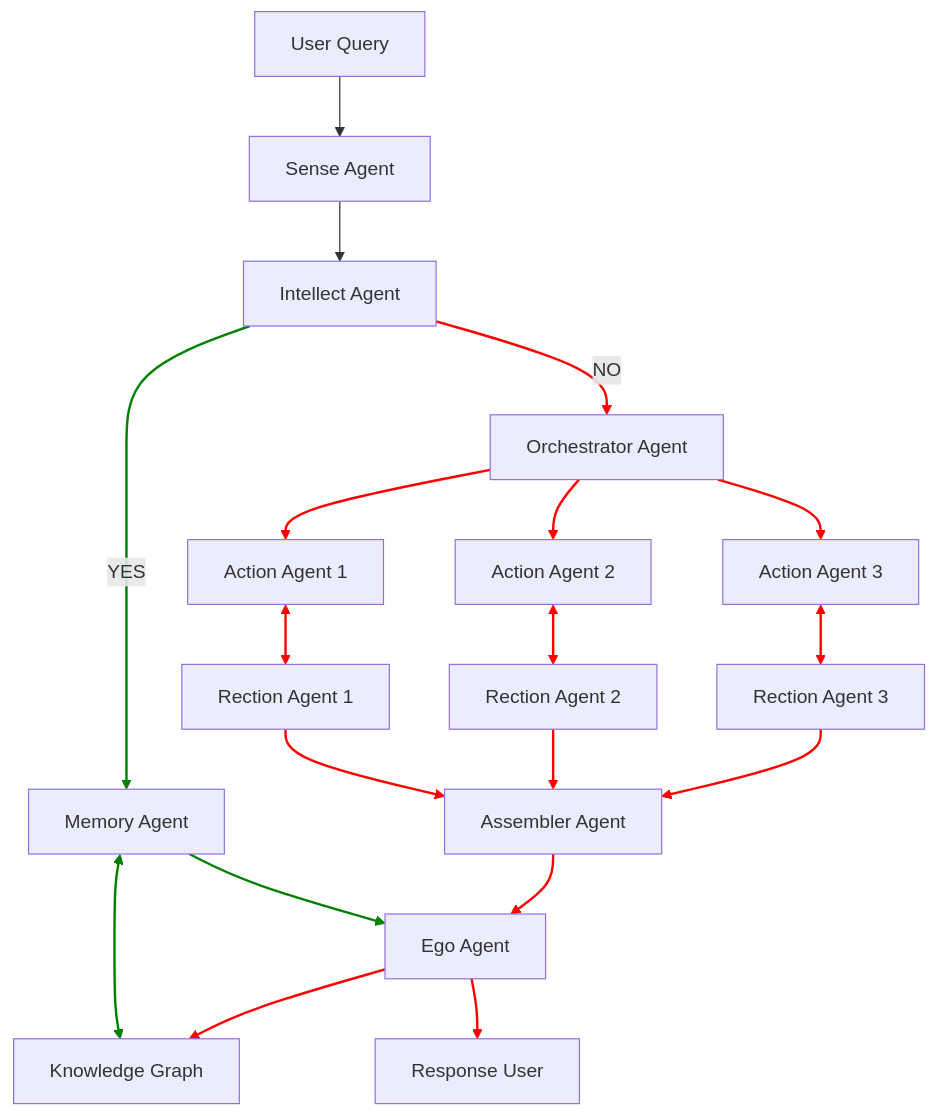
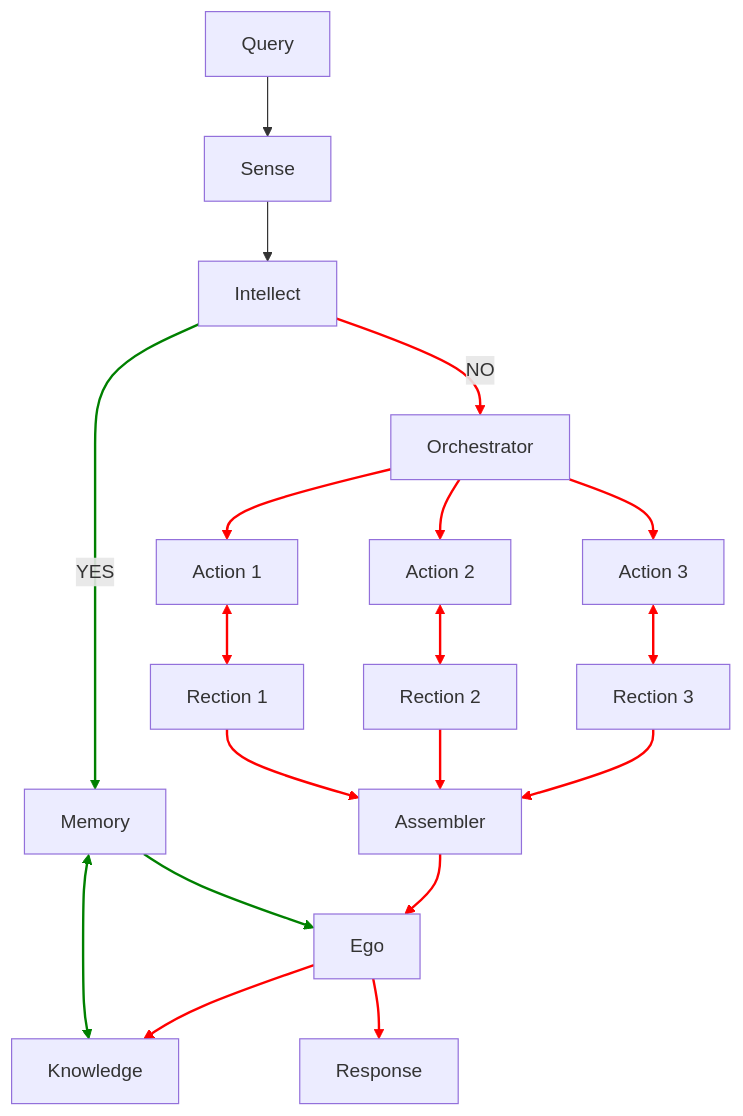
Before and after one commit to Mindverse-Computing/algoverse: the diagram in README.md, drawn with Mermaid.

````diff
--- a/README.md
+++ b/README.md
@@ -78,41 +78,41 @@
 ```mermaid
 graph TD
-  A[User Query] --> S[Sense Agent]
-  S --> I[Intellect Agent]
-  I -- YES --> M[Memory Agent]
-  M <--> G[Knowledge Graph]
-  M --> E[Ego Agent]
-  I -- NO --> O[Orchestrator Agent]
-  O --> A1[Action Agent 1]
-  O --> A2[Action Agent 2]
-  O --> A3[Action Agent 3]
-  A1 <--> R1[Rection Agent 1]
-  A2 <--> R2[Rection Agent 2]
-  A3 <--> R3[Rection Agent 3]
-  R1 --> AA[Assembler Agent]
-  R2 --> AA[Assembler Agent]
-  R3 --> AA[Assembler Agent]
-  AA --> E[Ego Agent]
-  E --> G[Knowledge Graph]
-  E --> U[Response User]
+  A[Query] --> S[Sense]
+  S --> I[Intellect]
+  I -- YES --> M[Memory]
+  M <--> G[Knowledge]
+  M --> E[Ego]
+  I -- NO --> O[Orchestrator]
+  O --> A1[Action 1]
+  O --> A2[Action 2]
+  O --> A3[Action 3]
+  A1 <--> R1[Rection 1]
+  A2 <--> R2[Rection 2]
+  A3 <--> R3[Rection 3]
+  R1 --> AA[Assembler]
+  R2 --> AA[Assembler]
+  R3 --> AA[Assembler]
+  AA --> E[Ego]
+  E --> G[Knowledge]
+  E --> U[Response]
 
   %% Styling green paths (YES path)
   linkStyle 2 stroke:green,stroke-width:2px      
   linkStyle 3 stroke:green,stroke-width:2px      
   linkStyle 4 stroke:green,stroke-width:2px      
 
   %% Styling red paths (NO path)
   linkStyle 5 stroke:red,stroke-width:2px       
   linkStyle 6 stroke:red,stroke-width:2px        
   linkStyle 7 stroke:red,stroke-width:2px        
   linkStyle 8 stroke:red,stroke-width:2px        
   linkStyle 9 stroke:red,stroke-width:2px        
   linkStyle 10 stroke:red,stroke-width:2px       
   linkStyle 11 stroke:red,stroke-width:2px       
   linkStyle 12 stroke:red,stroke-width:2px       
   linkStyle 13 stroke:red,stroke-width:2px       
   linkStyle 14 stroke:red,stroke-width:2px       
   linkStyle 15 stroke:red,stroke-width:2px       
   linkStyle 16 stroke:red,stroke-width:2px       
   linkStyle 17 stroke:red,stroke-width:2px           
 ```
````
